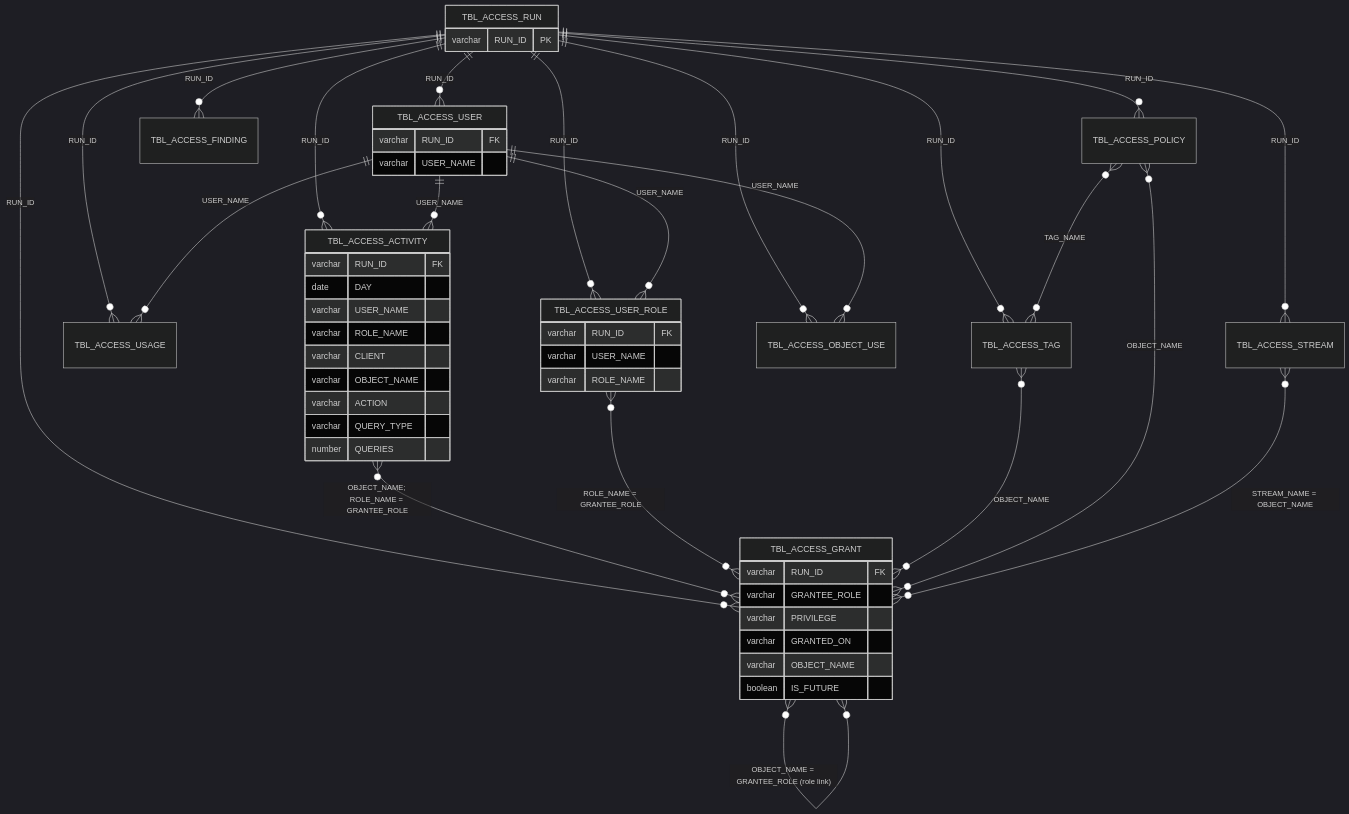
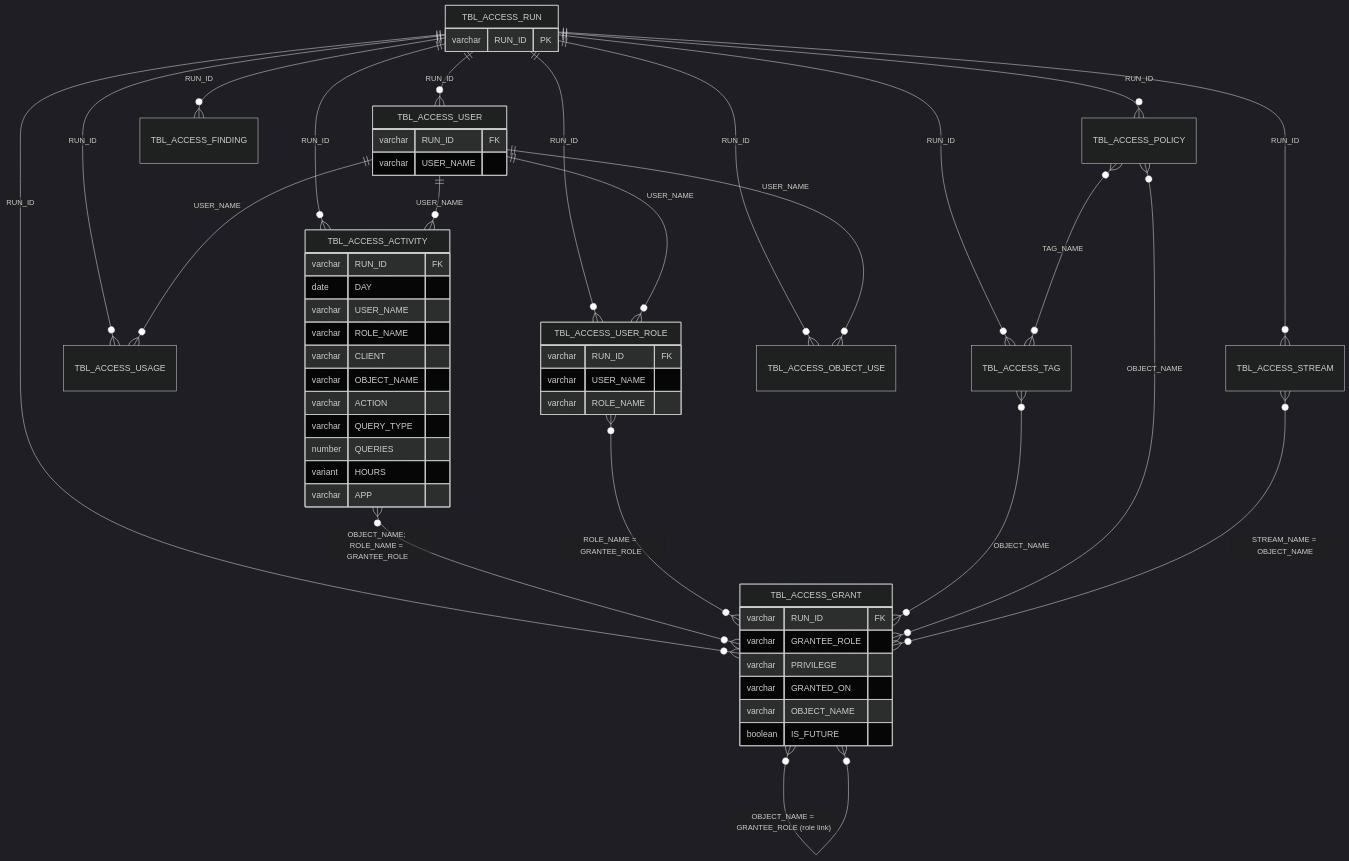
One commit to darshanmeel/snowflake-access-explorer changed the second of 2 diagrams in snowflake-access-explorer-knowledge-graph/data/model.md. Above: the diagram before and after it, drawn with Mermaid (dark theme). The commit also changed other lines of this file and 88 other files, not shown here.

First line of the commit message:
Knowledge graph and docs for the access log; per-day charts by user, role, client, statement, R/W/DDL, object kind

````diff
--- a/snowflake-access-explorer-knowledge-graph/data/model.md
+++ b/snowflake-access-explorer-knowledge-graph/data/model.md
@@ -31,29 +31,29 @@
 ```mermaid
 erDiagram
   TBL_ACCESS_RUN ||--o{ TBL_ACCESS_GRANT : RUN_ID
   TBL_ACCESS_RUN ||--o{ TBL_ACCESS_USER_ROLE : RUN_ID
   TBL_ACCESS_RUN ||--o{ TBL_ACCESS_USER : RUN_ID
   TBL_ACCESS_RUN ||--o{ TBL_ACCESS_USAGE : RUN_ID
   TBL_ACCESS_RUN ||--o{ TBL_ACCESS_TAG : RUN_ID
   TBL_ACCESS_RUN ||--o{ TBL_ACCESS_POLICY : RUN_ID
   TBL_ACCESS_RUN ||--o{ TBL_ACCESS_STREAM : RUN_ID
   TBL_ACCESS_RUN ||--o{ TBL_ACCESS_OBJECT_USE : RUN_ID
   TBL_ACCESS_RUN ||--o{ TBL_ACCESS_ACTIVITY : RUN_ID
   TBL_ACCESS_RUN ||--o{ TBL_ACCESS_FINDING : RUN_ID
   TBL_ACCESS_USER ||--o{ TBL_ACCESS_USER_ROLE : USER_NAME
   TBL_ACCESS_USER ||--o{ TBL_ACCESS_USAGE : USER_NAME
   TBL_ACCESS_USER ||--o{ TBL_ACCESS_OBJECT_USE : USER_NAME
   TBL_ACCESS_USER ||--o{ TBL_ACCESS_ACTIVITY : USER_NAME
   TBL_ACCESS_ACTIVITY }o--o{ TBL_ACCESS_GRANT : "OBJECT_NAME; ROLE_NAME = GRANTEE_ROLE"
   TBL_ACCESS_USER_ROLE }o--o{ TBL_ACCESS_GRANT : "ROLE_NAME = GRANTEE_ROLE"
   TBL_ACCESS_GRANT }o--o{ TBL_ACCESS_GRANT : "OBJECT_NAME = GRANTEE_ROLE (role link)"
   TBL_ACCESS_TAG }o--o{ TBL_ACCESS_GRANT : OBJECT_NAME
   TBL_ACCESS_POLICY }o--o{ TBL_ACCESS_GRANT : OBJECT_NAME
   TBL_ACCESS_POLICY }o--o{ TBL_ACCESS_TAG : TAG_NAME
   TBL_ACCESS_STREAM }o--o{ TBL_ACCESS_GRANT : "STREAM_NAME = OBJECT_NAME"
   TBL_ACCESS_RUN { varchar RUN_ID PK }
   TBL_ACCESS_GRANT { varchar RUN_ID FK varchar GRANTEE_ROLE varchar PRIVILEGE varchar GRANTED_ON varchar OBJECT_NAME boolean IS_FUTURE }
   TBL_ACCESS_USER_ROLE { varchar RUN_ID FK varchar USER_NAME varchar ROLE_NAME }
   TBL_ACCESS_USER { varchar RUN_ID FK varchar USER_NAME }
-  TBL_ACCESS_ACTIVITY { varchar RUN_ID FK date DAY varchar USER_NAME varchar ROLE_NAME varchar CLIENT varchar OBJECT_NAME varchar ACTION varchar QUERY_TYPE number QUERIES }
+  TBL_ACCESS_ACTIVITY { varchar RUN_ID FK date DAY varchar USER_NAME varchar ROLE_NAME varchar CLIENT varchar OBJECT_NAME varchar ACTION varchar QUERY_TYPE number QUERIES variant HOURS varchar APP }
 ```
````
